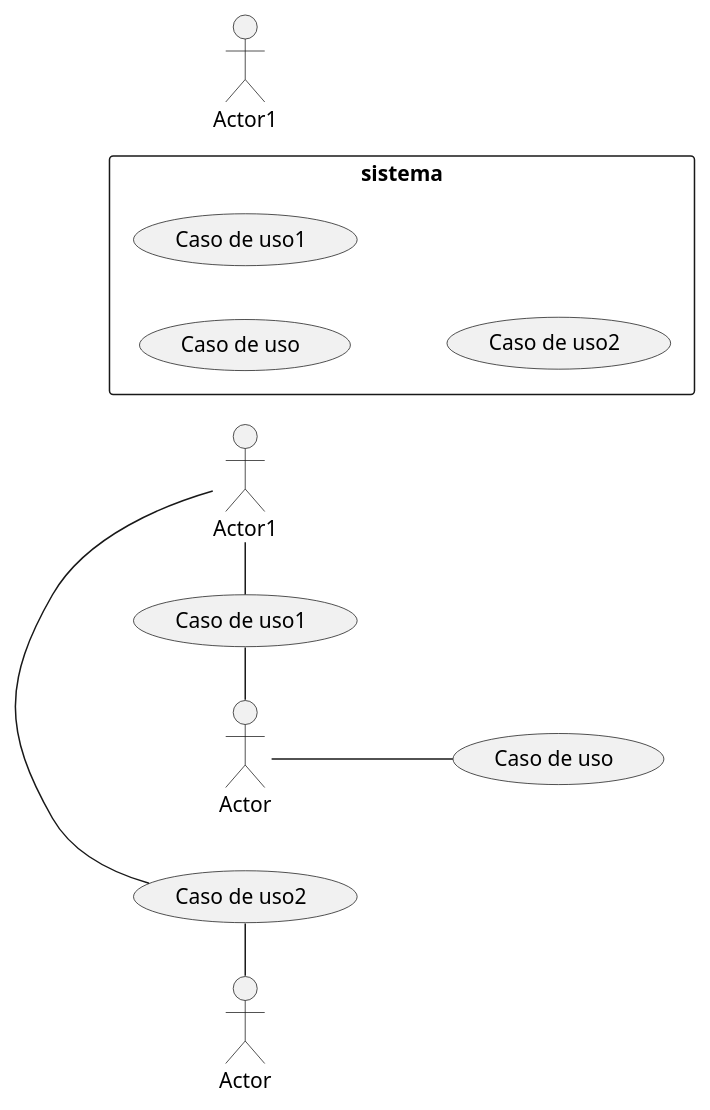
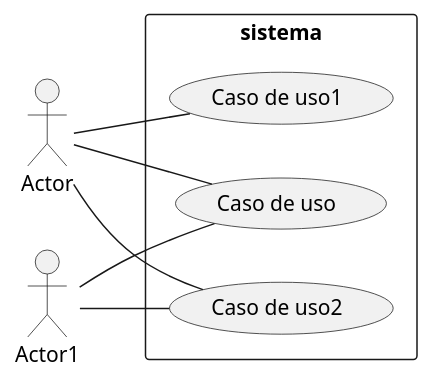
The diagram in casosdeusoII.puml (sandrasd89/casosdeusoII), drawn with PlantUML before and after one commit.

Commit message:
Ej elementos

```diff
--- a/casosdeusoII.puml
+++ b/casosdeusoII.puml
@@ -1,20 +1,17 @@
 @startuml
 
 left to right direction
 
 :Actor: as a
 :Actor1: as a1
 
 rectangle sistema{
-usecase "(Caso de uso)"
-usecase "(Caso de uso1)"
-usecase "(Caso de uso2)"
+a -- (Caso de uso)
+a -- (Caso de uso1)
+a -- (Caso de uso2)
+a1 -- (Caso de uso2)
+a1 -- (Caso de uso)
 }
 
-a -- (Caso de uso)
-a -left- (Caso de uso1)
-:Actor: -left- (Caso de uso2)
-:Actor1: -right- (Caso de uso2)
-:Actor1: -right- (Caso de uso1)
 
 @enduml
```
